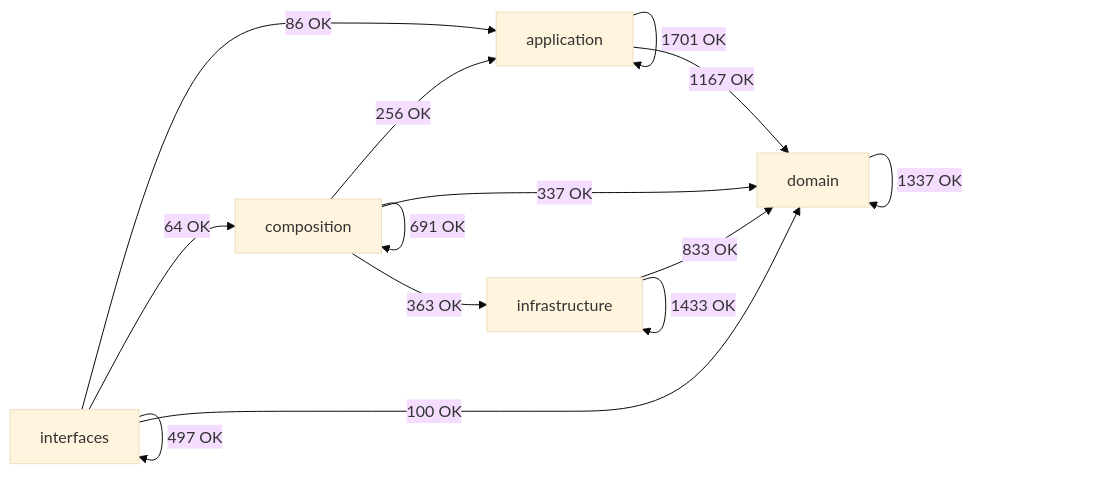
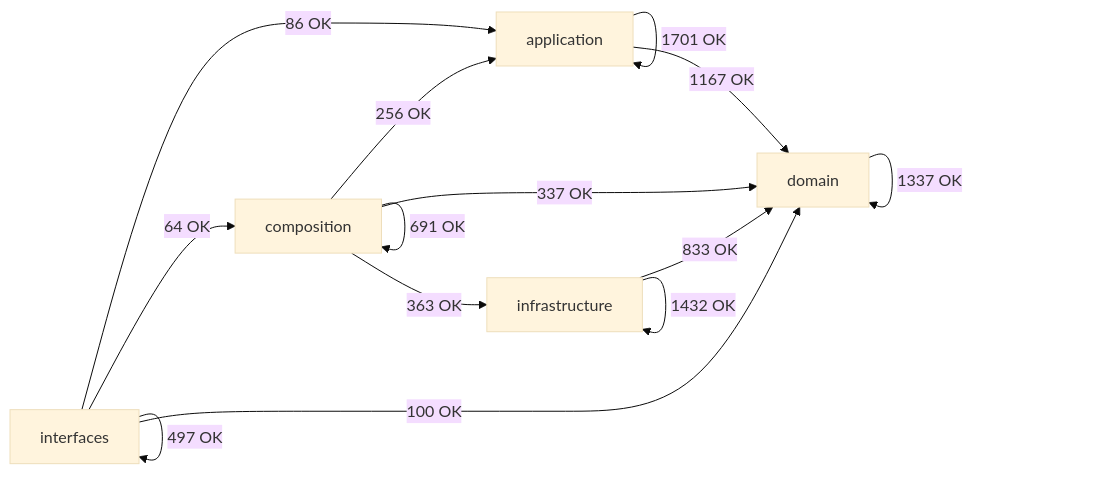
One commit to SatoryKono/BioactivityDataAcquisition changed the diagram in docs/02-architecture/generated/module-dependency-map.md. Above: the diagram before and after it, drawn with Mermaid (base theme). The commit also changed other lines of this file and 3 other files, not shown here.

````diff
--- a/docs/02-architecture/generated/module-dependency-map.md
+++ b/docs/02-architecture/generated/module-dependency-map.md
@@ -17,21 +17,21 @@
 ```mermaid
 flowchart LR
     domain[domain]
     application[application]
     infrastructure[infrastructure]
     composition[composition]
     interfaces[interfaces]
     application -->|1701 OK| application
     application -->|1167 OK| domain
     composition -->|256 OK| application
     composition -->|691 OK| composition
     composition -->|337 OK| domain
     composition -->|363 OK| infrastructure
     domain -->|1337 OK| domain
     infrastructure -->|833 OK| domain
-    infrastructure -->|1433 OK| infrastructure
+    infrastructure -->|1432 OK| infrastructure
     interfaces -->|86 OK| application
     interfaces -->|64 OK| composition
     interfaces -->|100 OK| domain
     interfaces -->|497 OK| interfaces
 ```
````
